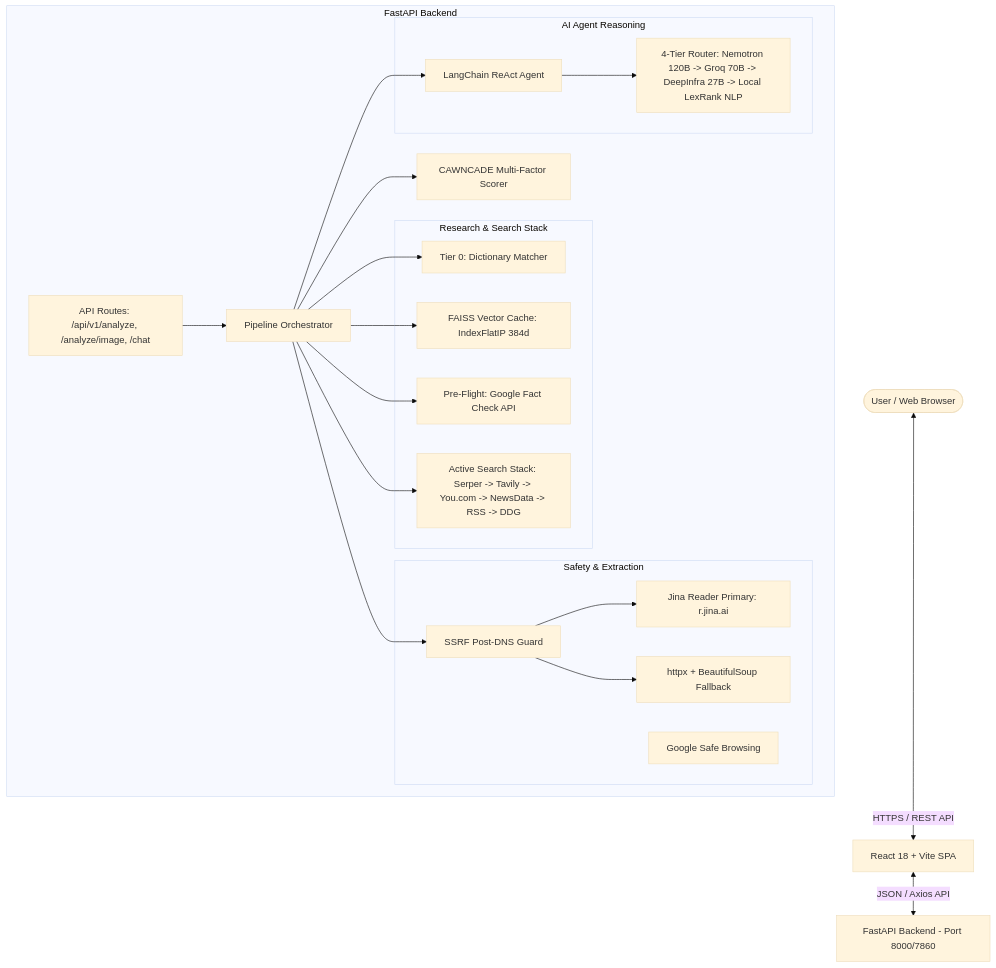
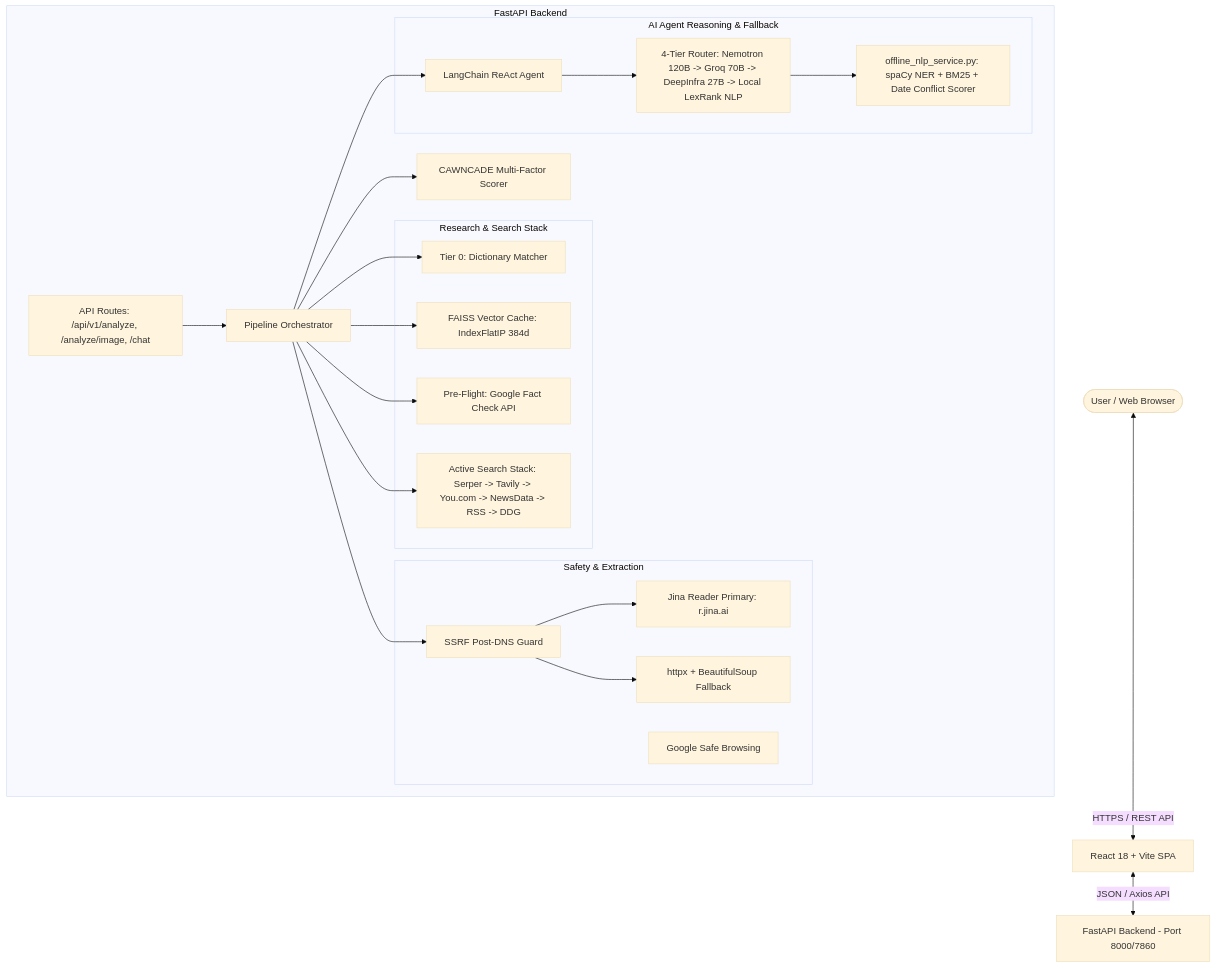
Before and after one commit to Nawaz-khan-droid/cawncade-ai: the first of 6 diagrams in docs/ARCHITECTURE.md, drawn with Mermaid (base theme). The commit also changed other lines of this file and 5 other files, not shown here.

````diff
--- a/docs/ARCHITECTURE.md
+++ b/docs/ARCHITECTURE.md
@@ -65,43 +65,45 @@
 ```mermaid
 flowchart TD
     User([User / Web Browser]) <-->|HTTPS / REST API| Frontend[React 18 + Vite SPA]
     Frontend <-->|JSON / Axios API| Backend[FastAPI Backend - Port 8000/7860]
     
     subgraph FastAPI Backend
         Routes[API Routes: /api/v1/analyze, /analyze/image, /chat]
         Orchestrator[Pipeline Orchestrator]
         
         subgraph Safety & Extraction
             SSRF[SSRF Post-DNS Guard]
             SafeBrowse[Google Safe Browsing]
             Jina[Jina Reader Primary: r.jina.ai]
             BS4[httpx + BeautifulSoup Fallback]
         end
         
         subgraph Research & Search Stack
             Tier0[Tier 0: Dictionary Matcher]
             TierCache[FAISS Vector Cache: IndexFlatIP 384d]
             FactCheck[Pre-Flight: Google Fact Check API]
             SearchTiers[Active Search Stack: Serper -> Tavily -> You.com -> NewsData -> RSS -> DDG]
         end
         
-        subgraph AI Agent Reasoning
+        subgraph AI Agent Reasoning & Fallback
             Agent[LangChain ReAct Agent]
             LLMRouter[4-Tier Router: Nemotron 120B -> Groq 70B -> DeepInfra 27B -> Local LexRank NLP]
+            Tier4Engine[offline_nlp_service.py: spaCy NER + BM25 + Date Conflict Scorer]
         end
         
         Scorer[CAWNCADE Multi-Factor Scorer]
     end
     
     Routes --> Orchestrator
     Orchestrator --> SSRF
     SSRF --> Jina
     SSRF --> BS4
     Orchestrator --> Tier0
     Orchestrator --> TierCache
     Orchestrator --> FactCheck
     Orchestrator --> SearchTiers
     Orchestrator --> Agent
     Agent --> LLMRouter
+    LLMRouter --> Tier4Engine
     Orchestrator --> Scorer
 ```
````
